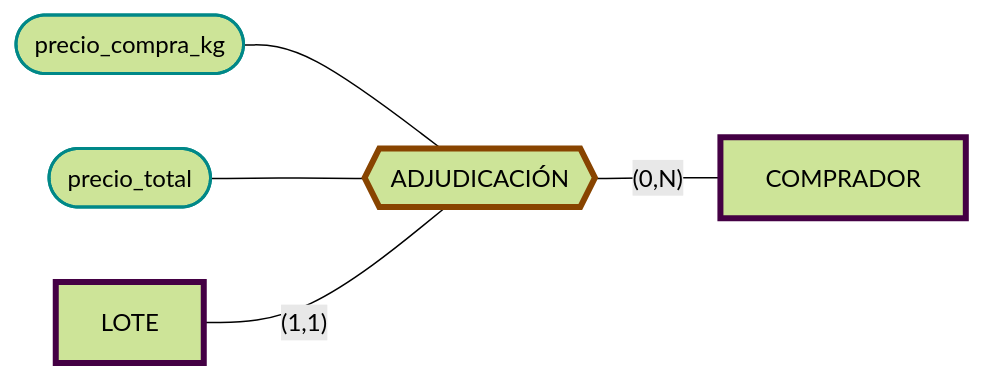
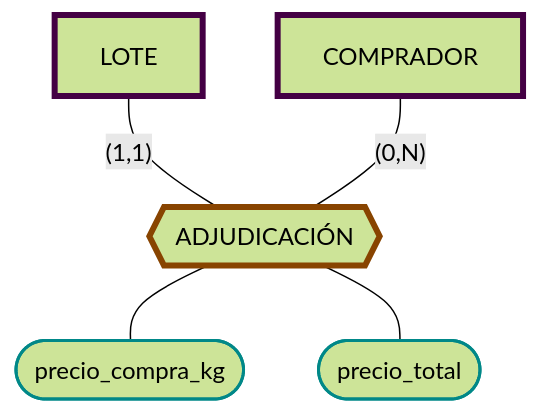
Before and after one commit to JulTob/Data: the eighth of 13 diagrams in DataBases/lonja_DB.md, drawn with Mermaid (forest theme). The commit also changed other lines of this file, not shown here.

````diff
--- a/DataBases/lonja_DB.md
+++ b/DataBases/lonja_DB.md
@@ -424,21 +424,21 @@
 ```mermaid
-flowchart LR
+flowchart TD
   classDef atributo stroke:#088,stroke-width:2px;
   classDef derivado stroke-width:3px, stroke-dasharray:3 3;
   classDef pk stroke:#800,stroke-width:4px;
   classDef fk stroke:#080,stroke-width:4px;
   classDef entidad stroke:#404,stroke-width:4px;
   classDef pkfk stroke:#880,stroke-width:4px;
   classDef relacion stroke:#840,stroke-width:4px;
 
   Lote[LOTE]:::entidad
   Comprador[COMPRADOR]:::entidad
   Adjudicacion{{ADJUDICACIÓN}}:::relacion
 
-  precio_kg([precio_compra_kg]):::atributo --- Adjudicacion
-  precio_total([precio_total]):::atributo --- Adjudicacion
+  Adjudicacion --- precio_kg([precio_compra_kg]):::atributo  
+  Adjudicacion --- precio_total([precio_total]):::atributo 
 
   Lote ---|"(1,1)"| Adjudicacion
-  Adjudicacion ---|"(0,N)"| Comprador
+  Comprador ---|"(0,N)"| Adjudicacion
 
 ```
````
